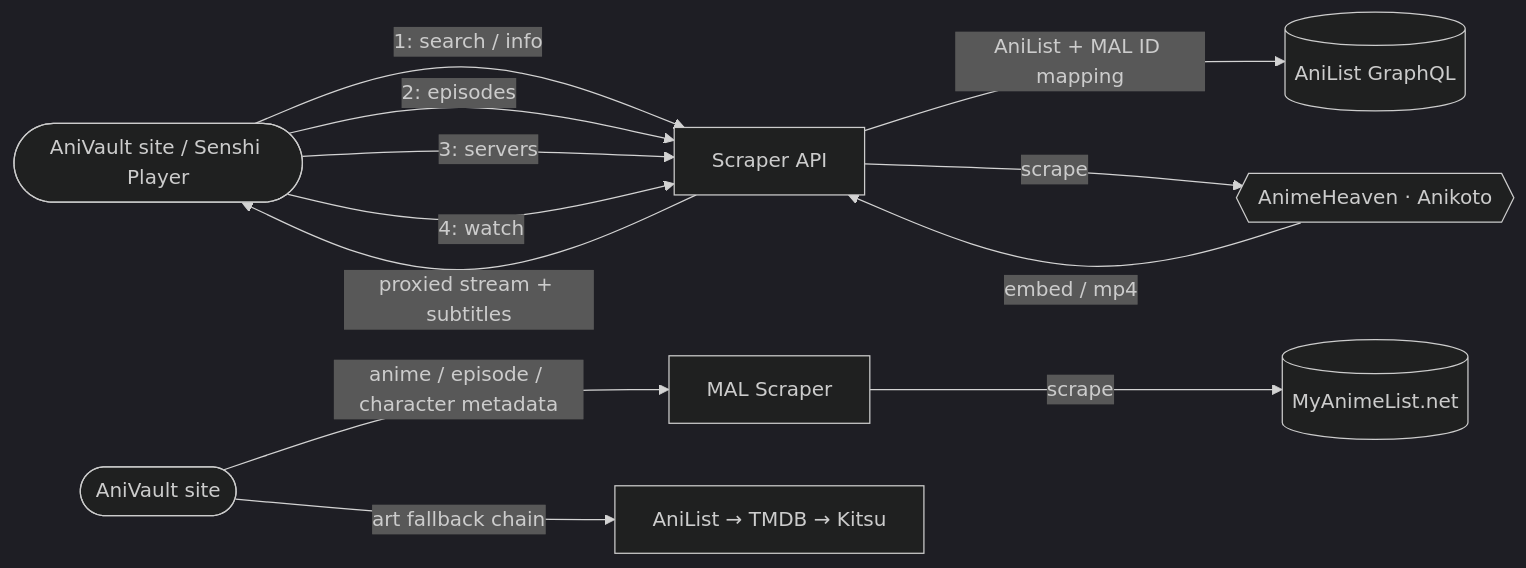
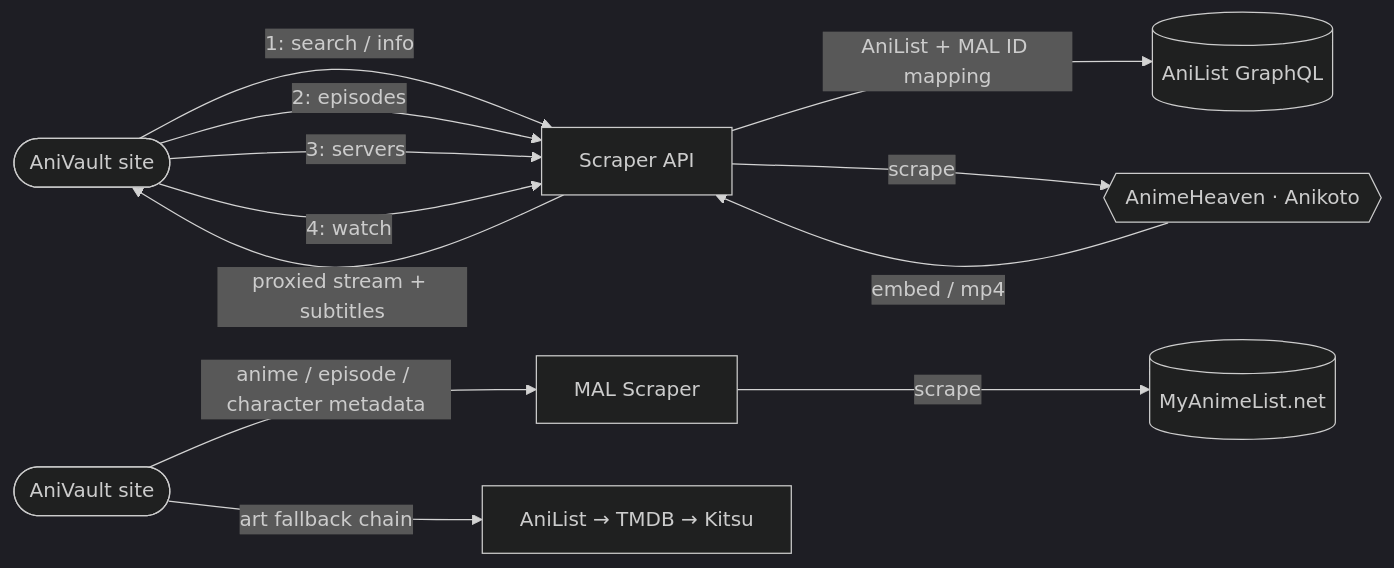
One commit to SH0MIK/Anivault-Scraper-beta changed the diagram in README.md. Above: the diagram before and after it, drawn with Mermaid (dark theme). The commit also changed other lines of this file, not shown here.

````diff
--- a/README.md
+++ b/README.md
@@ -19,15 +19,15 @@
 ```mermaid
 flowchart LR
-    Client([AniVault site / Senshi Player]) -->|1: search / info| API[Scraper API]
+    Client([AniVault site]) -->|1: search / info| API[Scraper API]
     API -->|AniList + MAL ID mapping| AniList[(AniList GraphQL)]
     Client -->|2: episodes| API
     Client -->|3: servers| API
     Client -->|4: watch| API
     API -->|scrape| Sources{{AnimeHeaven · Anikoto}}
     Sources -->|embed / mp4| API
     API -->|proxied stream + subtitles| Client
 
     Client2([AniVault site]) -->|anime / episode / character metadata| MAL[MAL Scraper]
     MAL -->|scrape| MyAnimeList[(MyAnimeList.net)]
     Client2 -->|art fallback chain| Art[AniList → TMDB → Kitsu]
 ```
````
